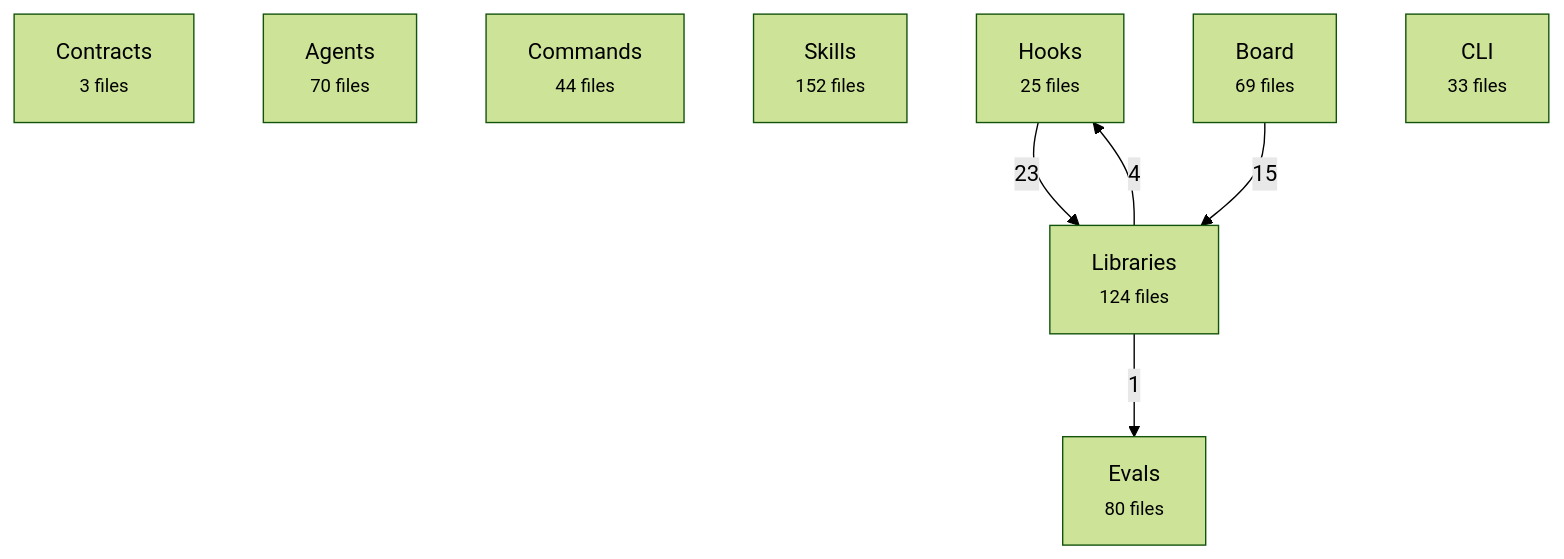
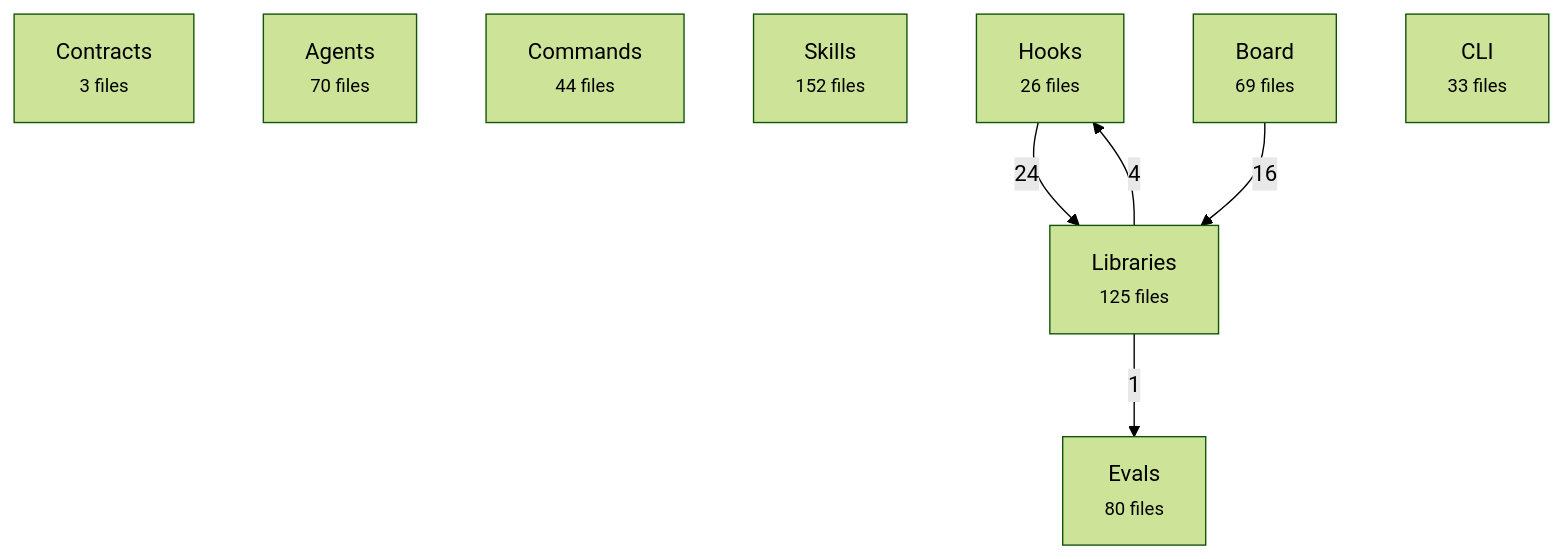
One commit to avelikiy/great_cto changed the first of 2 diagrams in docs/reference/architecture-map.md. Above: the diagram before and after it, drawn with Mermaid (forest theme). The commit also changed other lines of this file and 13 other files, not shown here.

````diff
--- a/docs/reference/architecture-map.md
+++ b/docs/reference/architecture-map.md
@@ -20,16 +20,16 @@
 ```mermaid
 flowchart TD
   contracts["Contracts<br/><small>3 files</small>"]
   agents["Agents<br/><small>70 files</small>"]
   commands["Commands<br/><small>44 files</small>"]
   skills["Skills<br/><small>152 files</small>"]
-  hooks["Hooks<br/><small>25 files</small>"]
-  libs["Libraries<br/><small>124 files</small>"]
+  hooks["Hooks<br/><small>26 files</small>"]
+  libs["Libraries<br/><small>125 files</small>"]
   board["Board<br/><small>69 files</small>"]
   cli["CLI<br/><small>33 files</small>"]
   evals["Evals<br/><small>80 files</small>"]
-  hooks -->|23| libs
-  board -->|15| libs
+  hooks -->|24| libs
+  board -->|16| libs
   libs -->|4| hooks
   libs -->|1| evals
 ```
````
